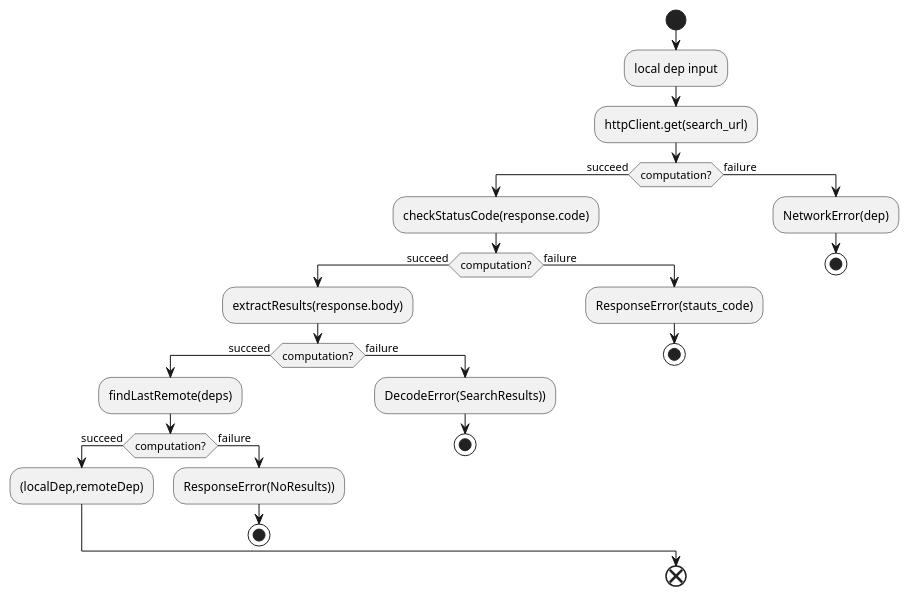
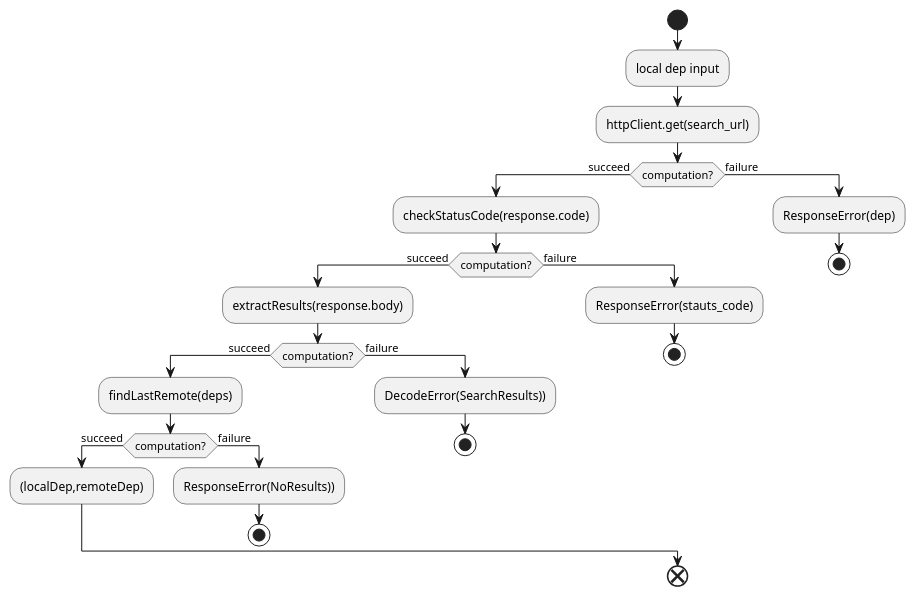
Before and after one commit to butcherless/dependency-analyzer: the diagram in docs/retrieve-last-dependency.puml, drawn with PlantUML. The commit also changed 3 other files, not shown here.

```diff
--- a/docs/retrieve-last-dependency.puml
+++ b/docs/retrieve-last-dependency.puml
@@ -1,30 +1,30 @@
-@startuml
+@startuml retrieve last dependecy flow diagram
 start
 :local dep input;
 :httpClient.get(search_url);
 if (computation?) then (succeed)
   :checkStatusCode(response.code);
   if (computation?) then (succeed)
     :extractResults(response.body);
     if (computation?) then (succeed)
       :findLastRemote(deps);
       if (computation?) then (succeed)
         :(localDep,remoteDep);
       else (failure)
         :ResponseError(NoResults));
         stop
       endif
     else (failure)
       :DecodeError(SearchResults));
       stop
     endif
   else (failure)
     :ResponseError(stauts_code);
     stop
   endif
 else (failure)
-  :NetworkError(dep);
+  :ResponseError(dep);
   stop
 endif
 end
 @enduml
```
